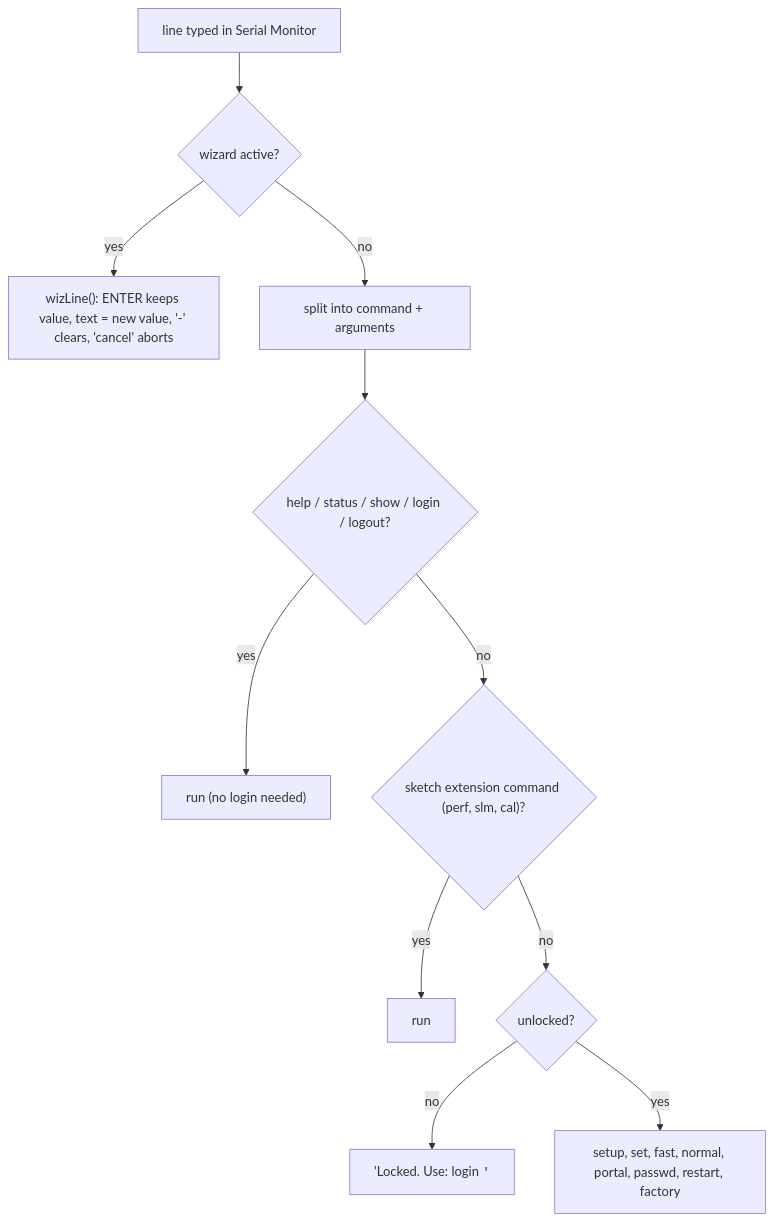
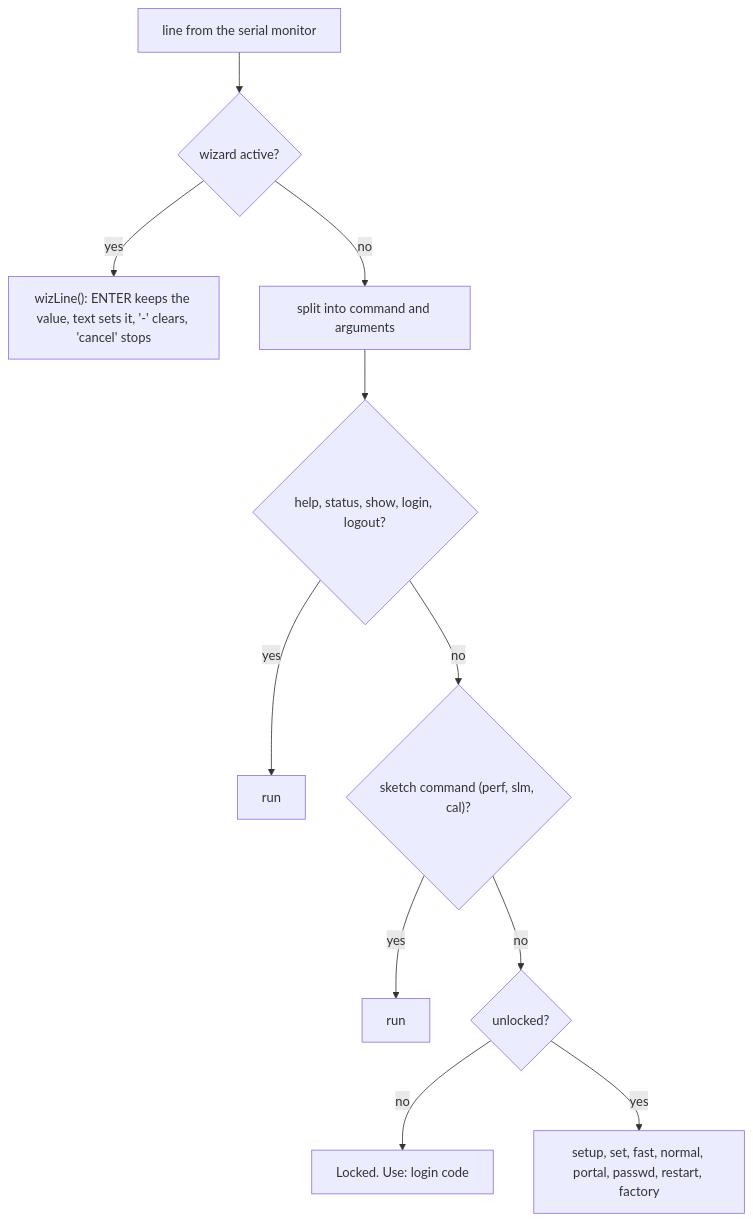
The sixth of 12 diagrams in CODE_EXPLAINED.md (FPetkovski127/PMS_FreeRTOS), drawn with Mermaid before and after one commit. The commit also changed other lines of this file and 60 other files, not shown here.

````diff
--- a/CODE_EXPLAINED.md
+++ b/CODE_EXPLAINED.md
@@ -269,13 +216,13 @@
 ```mermaid
 flowchart TD
-  IN["line typed in Serial Monitor"] --> W{"wizard active?"}
-  W -- yes --> WL["wizLine(): ENTER keeps value, text = new value, '-' clears, 'cancel' aborts"]
-  W -- no --> P["split into command + arguments"]
-  P --> OPEN{"help / status / show / login / logout?"}
-  OPEN -- yes --> DO1["run (no login needed)"]
-  OPEN -- no --> EXT{"sketch extension command (perf, slm, cal)?"}
+  IN["line from the serial monitor"] --> W{"wizard active?"}
+  W -- yes --> WL["wizLine(): ENTER keeps the value, text sets it, '-' clears, 'cancel' stops"]
+  W -- no --> P["split into command and arguments"]
+  P --> OPEN{"help, status, show, login, logout?"}
+  OPEN -- yes --> DO1["run"]
+  OPEN -- no --> EXT{"sketch command (perf, slm, cal)?"}
   EXT -- yes --> DO2["run"]
   EXT -- no --> AUTH{"unlocked?"}
-  AUTH -- no --> MSG["'Locked. Use: login <code>'"]
+  AUTH -- no --> MSG["Locked. Use: login code"]
   AUTH -- yes --> DO3["setup, set, fast, normal, portal, passwd, restart, factory"]
 ```
````
